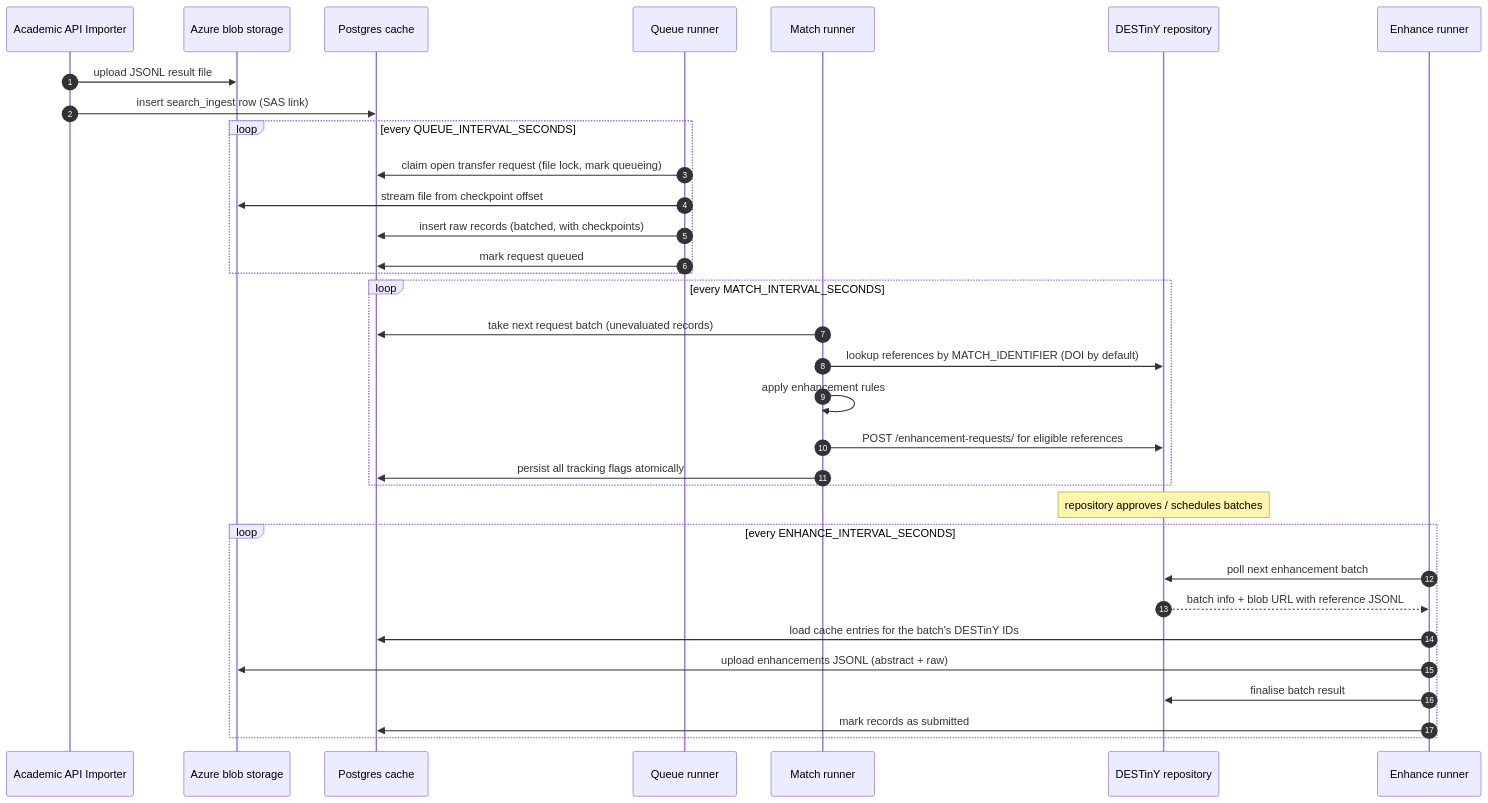
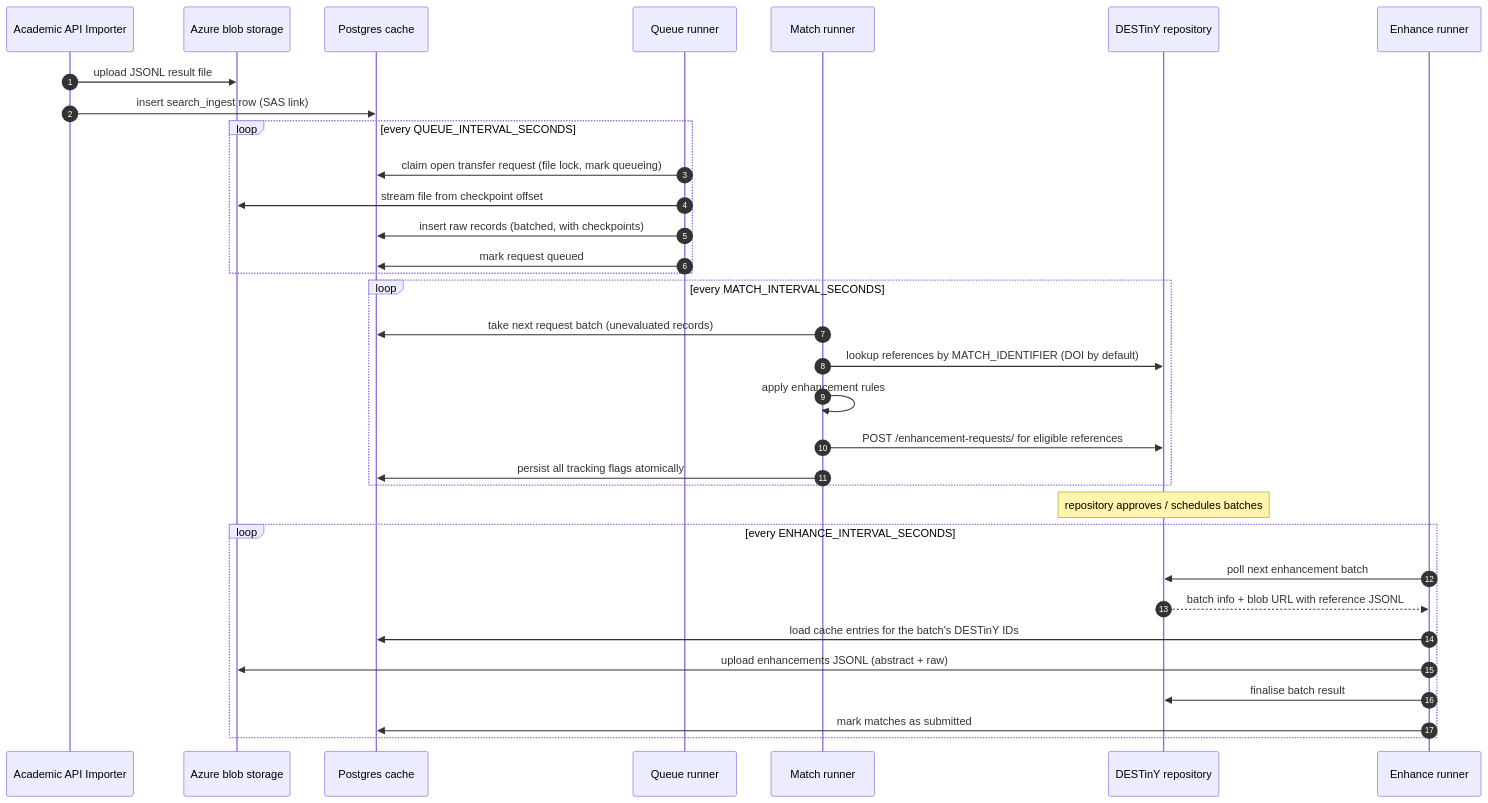
One commit to destiny-evidence/bulk-abstract-ingest-robot changed the diagram in docs/docs/architecture.md. Above: the diagram before and after it, drawn with Mermaid. The commit also changed other lines of this file and 18 other files, not shown here.

````diff
--- a/docs/docs/architecture.md
+++ b/docs/docs/architecture.md
@@ -15,36 +15,36 @@
 ```mermaid
 sequenceDiagram
     autonumber
     participant API as Academic API Importer
     participant Blob as Azure blob storage
     participant DB as Postgres cache
     participant Q as Queue runner
     participant M as Match runner
     participant ODS as DESTinY repository
     participant E as Enhance runner
 
     API->>Blob: upload JSONL result file
     API->>DB: insert search_ingest row (SAS link)
     loop every QUEUE_INTERVAL_SECONDS
         Q->>DB: claim open transfer request (file lock, mark queueing)
         Q->>Blob: stream file from checkpoint offset
         Q->>DB: insert raw records (batched, with checkpoints)
         Q->>DB: mark request queued
     end
     loop every MATCH_INTERVAL_SECONDS
         M->>DB: take next request batch (unevaluated records)
         M->>ODS: lookup references by MATCH_IDENTIFIER (DOI by default)
         M->>M: apply enhancement rules
         M->>ODS: POST /enhancement-requests/ for eligible references
         M->>DB: persist all tracking flags atomically
     end
     Note over ODS: repository approves / schedules batches
     loop every ENHANCE_INTERVAL_SECONDS
         E->>ODS: poll next enhancement batch
         ODS-->>E: batch info + blob URL with reference JSONL
         E->>DB: load cache entries for the batch's DESTinY IDs
         E->>Blob: upload enhancements JSONL (abstract + raw)
         E->>ODS: finalise batch result
-        E->>DB: mark records as submitted
+        E->>DB: mark matches as submitted
     end
 ```
````
